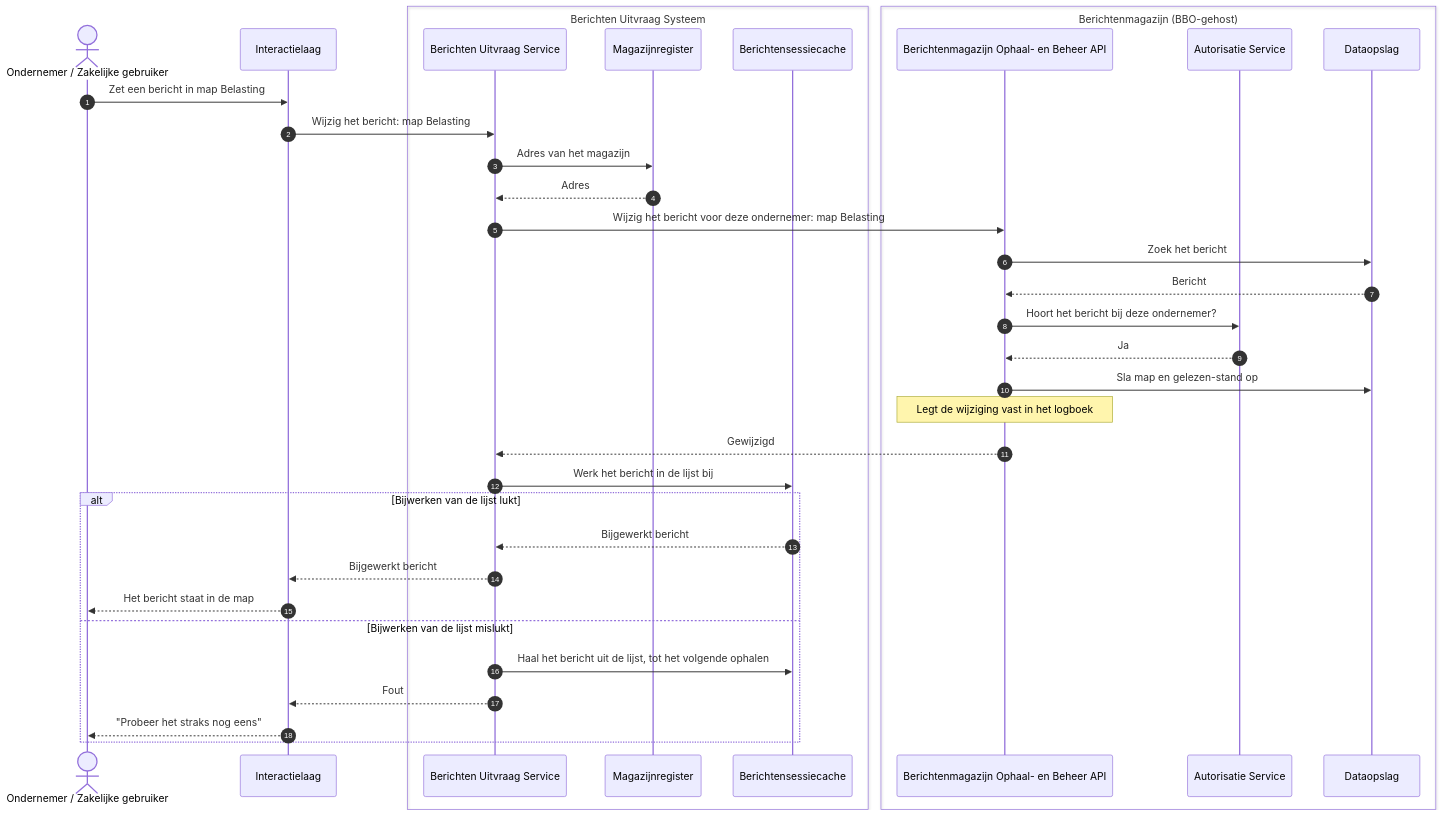
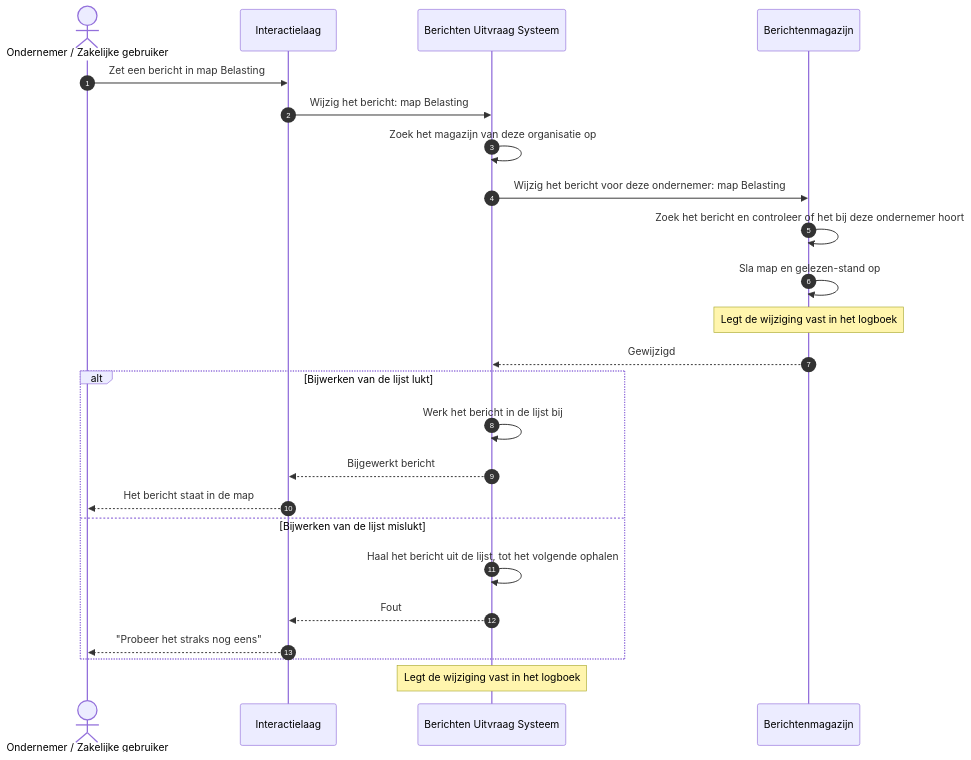
The diagram in docs/architecture/workspace-docs/11-uc7-bericht-verplaatsen.md (MinBZK/moza-poc-fbs-berichtenbox), drawn with Mermaid before and after one commit. The commit also changed other lines of this file and 16 other files, not shown here.

````diff
--- a/docs/architecture/workspace-docs/11-uc7-bericht-verplaatsen.md
+++ b/docs/architecture/workspace-docs/11-uc7-bericht-verplaatsen.md
@@ -29,39 +29,27 @@
 ```mermaid
 sequenceDiagram
     autonumber
     actor OND as Ondernemer / Zakelijke gebruiker
     participant IL as Interactielaag
-    box Berichten Uitvraag Systeem
-        participant UV as Berichten Uitvraag Service
-        participant REG as Magazijnregister
-        participant SC as Berichtensessiecache
-    end
-    box Berichtenmagazijn (BBO-gehost)
-        participant OB as Berichtenmagazijn Ophaal- en Beheer API
-        participant AUT as Autorisatie Service
-        participant DB as Dataopslag
-    end
+    participant FBS as Berichten Uitvraag Systeem
+    participant MAG as Berichtenmagazijn
 
     OND->>IL: Zet een bericht in map Belasting
-    IL->>UV: Wijzig het bericht: map Belasting
-    UV->>REG: Adres van het magazijn
-    REG-->>UV: Adres
-    UV->>OB: Wijzig het bericht voor deze ondernemer: map Belasting
-    OB->>DB: Zoek het bericht
-    DB-->>OB: Bericht
-    OB->>AUT: Hoort het bericht bij deze ondernemer?
-    AUT-->>OB: Ja
-    OB->>DB: Sla map en gelezen-stand op
-    Note over OB: Legt de wijziging vast in het logboek
-    OB-->>UV: Gewijzigd
-    UV->>SC: Werk het bericht in de lijst bij
+    IL->>FBS: Wijzig het bericht: map Belasting
+    FBS->>FBS: Zoek het magazijn van deze organisatie op
+    FBS->>MAG: Wijzig het bericht voor deze ondernemer: map Belasting
+    MAG->>MAG: Zoek het bericht en controleer of het bij deze ondernemer hoort
+    MAG->>MAG: Sla map en gelezen-stand op
+    Note over MAG: Legt de wijziging vast in het logboek
+    MAG-->>FBS: Gewijzigd
     alt Bijwerken van de lijst lukt
-        SC-->>UV: Bijgewerkt bericht
-        UV-->>IL: Bijgewerkt bericht
+        FBS->>FBS: Werk het bericht in de lijst bij
+        FBS-->>IL: Bijgewerkt bericht
         IL-->>OND: Het bericht staat in de map
     else Bijwerken van de lijst mislukt
-        UV->>SC: Haal het bericht uit de lijst, tot het volgende ophalen
-        UV-->>IL: Fout
+        FBS->>FBS: Haal het bericht uit de lijst, tot het volgende ophalen
+        FBS-->>IL: Fout
         IL-->>OND: "Probeer het straks nog eens"
     end
+    Note over FBS: Legt de wijziging vast in het logboek
 ```
````
